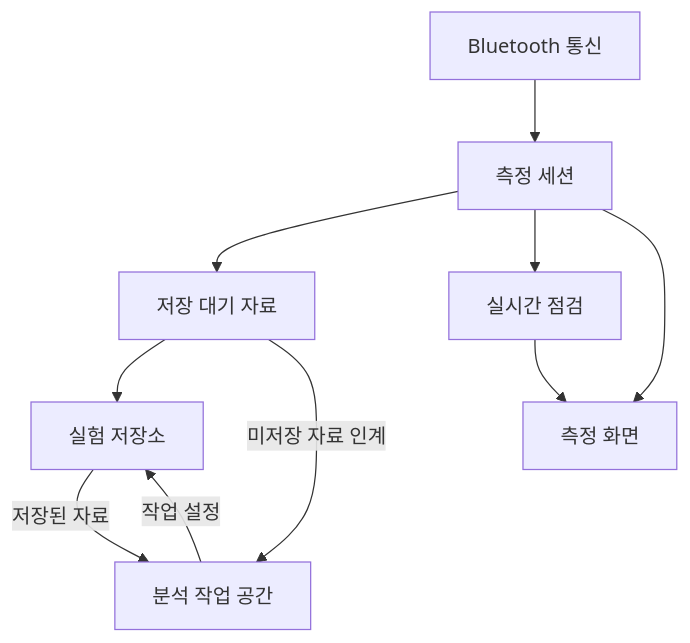
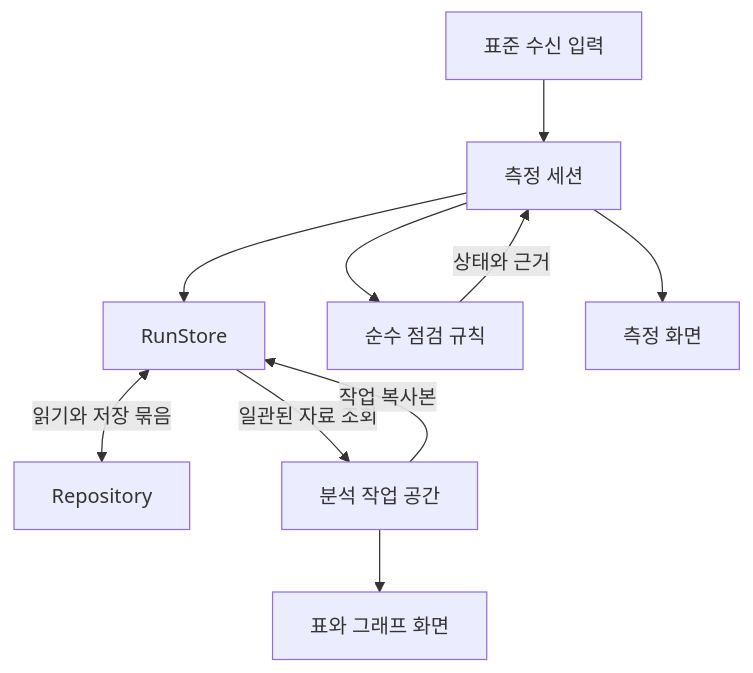
Before and after one commit to Cho-WH/bme280: the diagram in gay-lussac/DESIGN.md, drawn with Mermaid. The commit also changed other lines of this file and 4 other files, not shown here.

````diff
--- a/gay-lussac/DESIGN.md
+++ b/gay-lussac/DESIGN.md
@@ -90,12 +91,12 @@
 ```mermaid
 flowchart TD
-    B["Bluetooth 통신"] --> S["측정 세션"]
-    S --> Q["저장 대기 자료"]
-    S --> C["실시간 점검"]
+    B["표준 수신 입력"] --> S["측정 세션"]
+    S --> Q["RunStore"]
+    S --> C["순수 점검 규칙"]
     S --> V["측정 화면"]
-    C --> V
-    Q --> D["실험 저장소"]
-    D -->|"저장된 자료"| A["분석 작업 공간"]
-    Q -->|"미저장 자료 인계"| A
-    A -->|"작업 설정"| D
+    C -->|"상태와 근거"| S
+    Q <-->|"읽기와 저장 묶음"| D["Repository"]
+    Q -->|"일관된 자료 조회"| A["분석 작업 공간"]
+    A -->|"작업 복사본"| Q
+    A --> W["표와 그래프 화면"]
 ```
````
